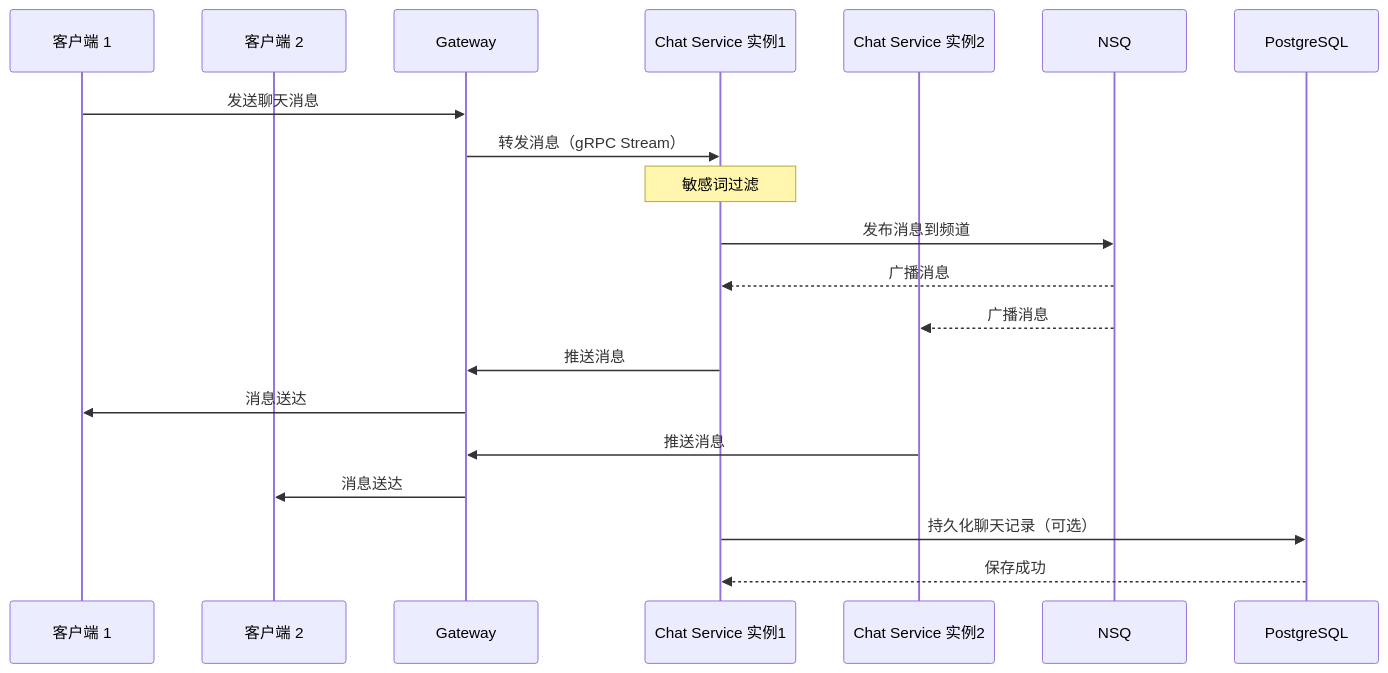
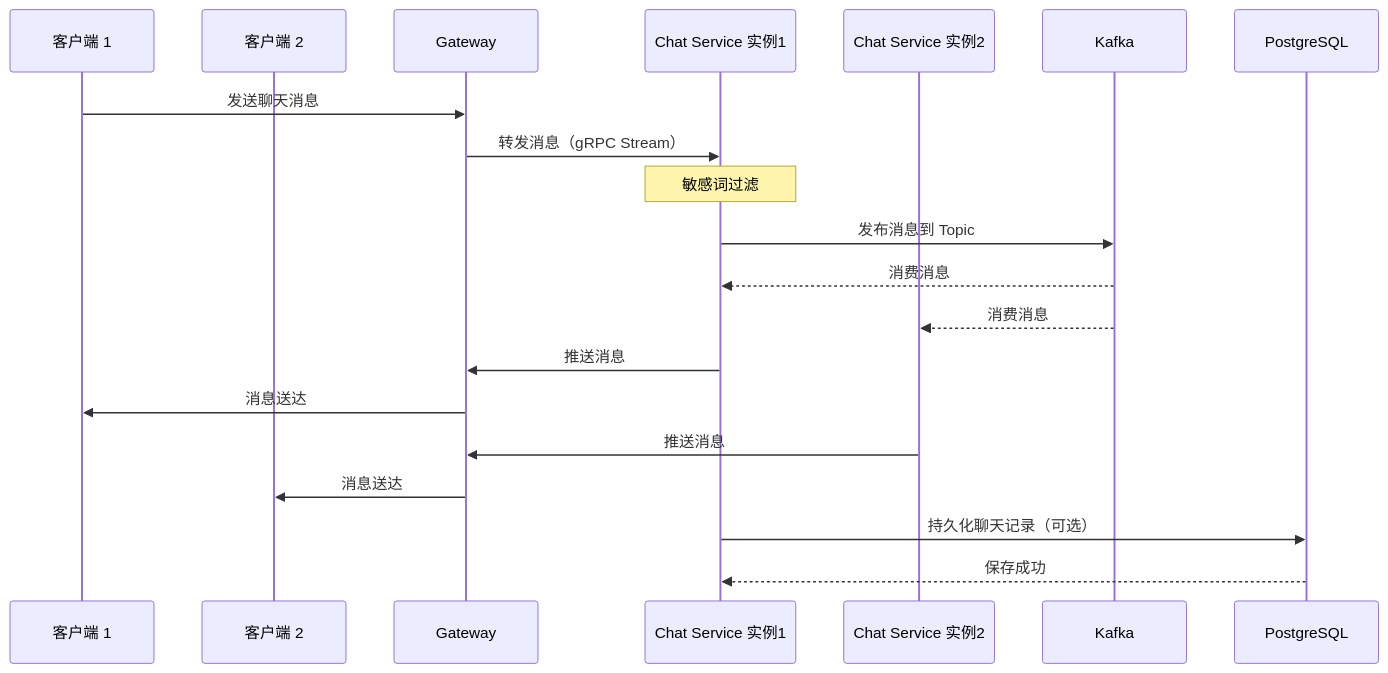
Before and after one commit to lk2023060901/xDooria: the fourth of 4 diagrams in docs/architecture.md, drawn with Mermaid. The commit also changed other lines of this file and 4 other files, not shown here.

First line of the commit message:
refactor(docs): 将消息队列从 NSQ 替换为 Kafka

````diff
--- a/docs/architecture.md
+++ b/docs/architecture.md
@@ -253,27 +253,27 @@
 ```mermaid
 sequenceDiagram
     participant Client1 as 客户端 1
     participant Client2 as 客户端 2
     participant Gateway as Gateway
     participant Chat1 as Chat Service 实例1
     participant Chat2 as Chat Service 实例2
-    participant NSQ as NSQ
+    participant Kafka as Kafka
     participant DB as PostgreSQL
 
     Client1->>Gateway: 发送聊天消息
     Gateway->>Chat1: 转发消息（gRPC Stream）
     Note over Chat1: 敏感词过滤
-    Chat1->>NSQ: 发布消息到频道
+    Chat1->>Kafka: 发布消息到 Topic
 
-    NSQ-->>Chat1: 广播消息
-    NSQ-->>Chat2: 广播消息
+    Kafka-->>Chat1: 消费消息
+    Kafka-->>Chat2: 消费消息
 
     Chat1->>Gateway: 推送消息
     Gateway->>Client1: 消息送达
 
     Chat2->>Gateway: 推送消息
     Gateway->>Client2: 消息送达
 
     Chat1->>DB: 持久化聊天记录（可选）
     DB-->>Chat1: 保存成功
 ```
````
